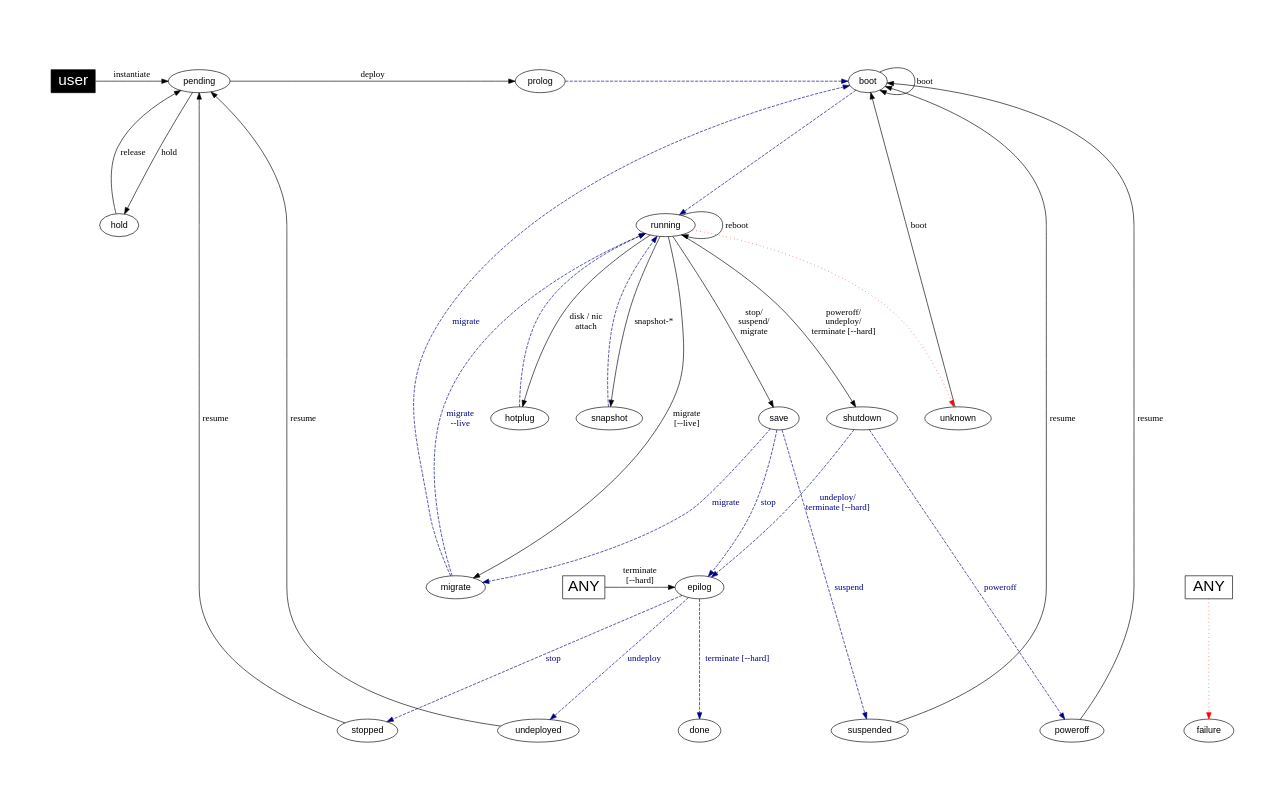
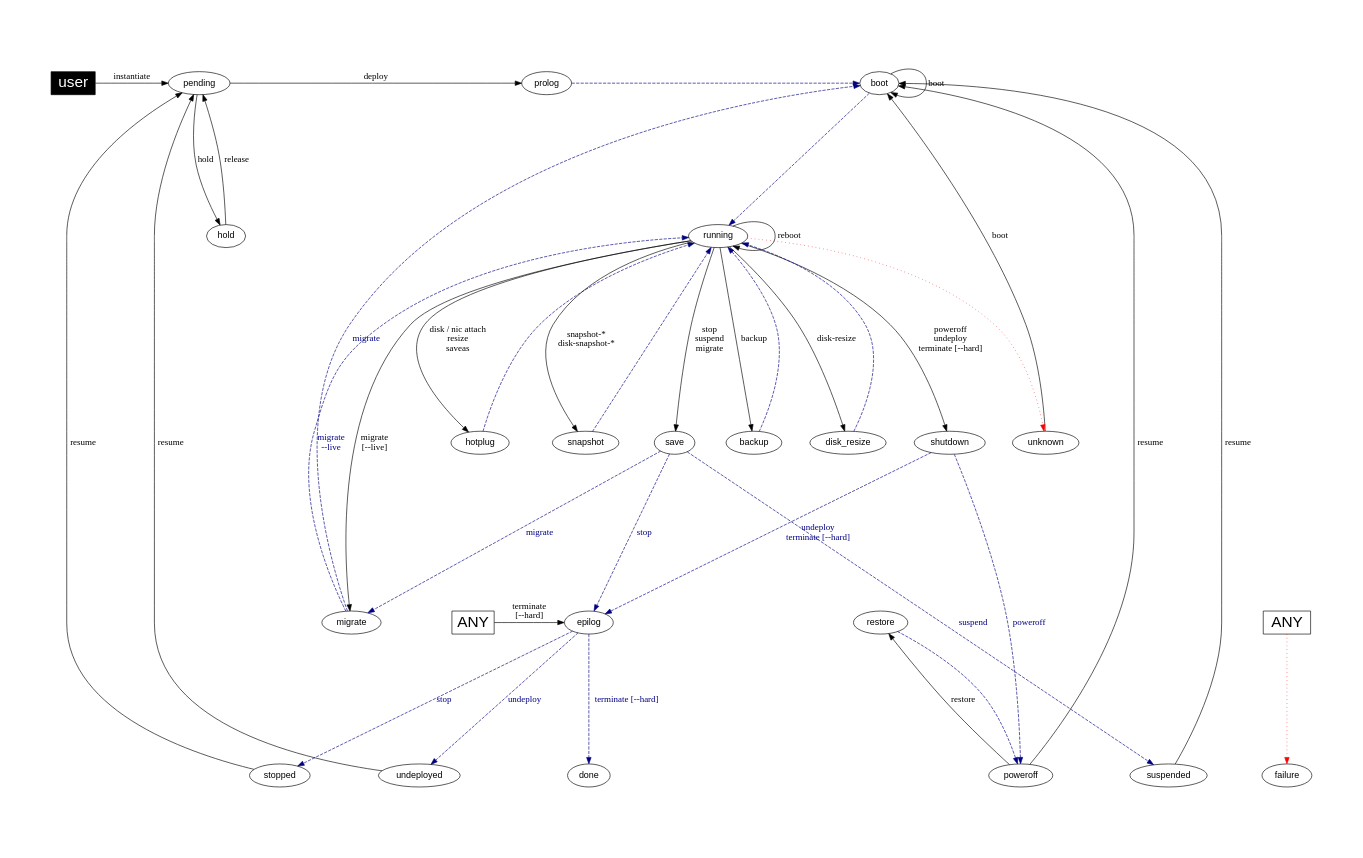
The diagram in share/doc/states/states-simple.dot (OpenNebula/one), drawn with Graphviz before and after one commit. The commit also changed 1 other file, not shown here.

Commit message:
M #-: Update VM states graph (#3068)
Add states:
* Backup (poweroff)
* Restore
* Hotplug_nic_poweroff
* Disk resize (poweroff, undeployed)
* Saveas (suspended, stopped)

Keep the states-simple simple, ignoring some transient transitions from poweroff, stopped, suspended and undeployed states

```diff
--- a/share/doc/states/states-simple.dot
+++ b/share/doc/states/states-simple.dot
@@ -1,107 +1,119 @@
 
 
 digraph OpenNebula {
     graph [
         nodesep= 0.6,
         ratio=0.6,
         pad=1,
     ];
 
     node [fontname="Helvetica"];
     edge [fontname="Menlo"];
-    
+
     user [
         fillcolor="black",
         style="filled", shape="box",
         fontcolor="white", fontsize= "24.0"];
 
     ANY [ shape="box", fontsize= "24.0" ];
     "ANY " [ shape="box", fontsize= "24.0" ];
 
     #subgraph { rank = min; user}
     #subgraph { rank = same; pending; hold; color="white"}
 
     subgraph { rank = same; user; pending; prolog; boot; color="white"}
 
     subgraph { rank = same; save; shutdown; unknown; hotplug; snapshot;
         color="white" }
     subgraph { rank = same; epilog; migrate; ANY; color="white" }
     subgraph { rank = max; suspended; done; failure; stopped; poweroff; undeployed; color="white" }
 
 #   create
     user -> pending [label="instantiate"];
 
 #   deploy
     pending     -> prolog [label="deploy"];
     prolog      -> boot [style="dashed", color="navy", fontcolor="navy"];
     boot        -> running [style="dashed", color="navy", fontcolor="navy"];
 
 #   terminate
     #running     -> shutdown [label="terminate [--hard]"];
-    shutdown    -> epilog [label="undeploy/\nterminate [--hard]", style="dashed", color="navy", fontcolor="navy"];
+    shutdown    -> epilog [label="undeploy\nterminate [--hard]", style="dashed", color="navy", fontcolor="navy"];
     epilog      -> done [label="terminate [--hard]", style="dashed", color="navy", fontcolor="navy"];
 
 #   poweroff
-    running     -> shutdown [label="poweroff/\nundeploy/\nterminate [--hard]"];
+    running     -> shutdown [label="poweroff\nundeploy\nterminate [--hard]"];
     shutdown    -> poweroff [label="poweroff", style="dashed", color="navy", fontcolor="navy"];
 
 #   livemigrate
     running     -> migrate [label="migrate\n[--live]"];
     migrate     -> running [label="migrate\n--live", style="dashed", color="navy", fontcolor="navy"];
 
 #   migrate
     #running     -> save [label="migrate"];
     save        -> migrate [label="migrate", style="dashed", color="navy", fontcolor="navy"];
     migrate     -> boot [label="migrate", style="dashed", color="navy", fontcolor="navy"];
 
 #   hold
     pending     -> hold [label="hold"];
 
 #   release
     hold        -> pending [label="release"];
 
 #   stop
-    running     -> save [label="stop/\nsuspend/\nmigrate"];
+    running     -> save [label="stop\nsuspend\nmigrate"];
     save        -> epilog [label="stop", style="dashed", color="navy", fontcolor="navy"];
     epilog      -> stopped [label="stop", style="dashed", color="navy", fontcolor="navy"];
 
 #   undeploy
     #running     -> shutdown [label="undeploy"];
     #shutdown    -> epilog [label="undeploy", style="dashed", color="navy", fontcolor="navy"];
     epilog      -> undeployed [label="undeploy", style="dashed", color="navy", fontcolor="navy"];
 
 #   suspend
     #running     -> save [label="suspend"];
     save        -> suspended [label="suspend", style="dashed", color="navy", fontcolor="navy"];
 
 #   resume
     stopped     -> pending [label="resume"];
     undeployed  -> pending [label="resume"];
     suspended   -> boot [label="resume"];
     poweroff    -> boot [label="resume"];
 
 #   delete
     ANY         -> epilog [label="terminate\n[--hard]"];
 
 #   restart
     unknown     -> boot [label="boot"];
     boot        -> boot [label="boot"];
 
 #   reboot
     running     -> running [label="reboot"];
 
-#   disk-attach nic-attach
+#   disk-attach nic-attach resize saveas
 #    running     -> hotplug [label="disk / nic -\n attach / detach"]
-    running     -> hotplug [label="disk / nic\nattach"]
+    running     -> hotplug [label="disk / nic attach\nresize\nsaveas"]
     hotplug     -> running [style="dashed", color="navy", fontcolor="navy"];
 
 #   snapshot
-    running     -> snapshot [label="snapshot-*"]
+    running     -> snapshot [label="snapshot-*\ndisk-snapshot-*"]
     snapshot    -> running [style="dashed", color="navy", fontcolor="navy"];
+
+#   disk-resize
+    running     -> disk_resize [label="disk-resize"]
+    disk_resize -> running [style="dashed", color="navy", fontcolor="navy"];
+
+#   backup
+    running     -> backup [label="backup"]
+    backup      -> running [style="dashed", color="navy", fontcolor="navy"];
+
+#   restore
+    poweroff    -> restore [label="restore"]
+    restore     -> poweroff [style="dashed", color="navy", fontcolor="navy"];
 
 #   failures and misc.
     "ANY "  -> failure [style="dotted", color="red"];
 
     running -> unknown [style="dotted", color="red"];
     #unknown -> running [style="dashed", color="navy", fontcolor="navy"];
 }
```
